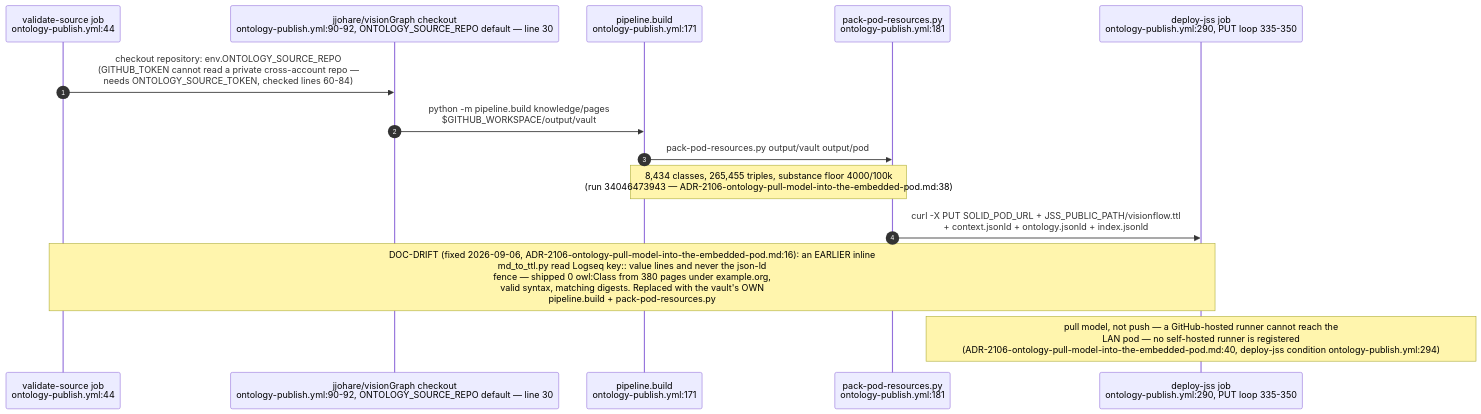
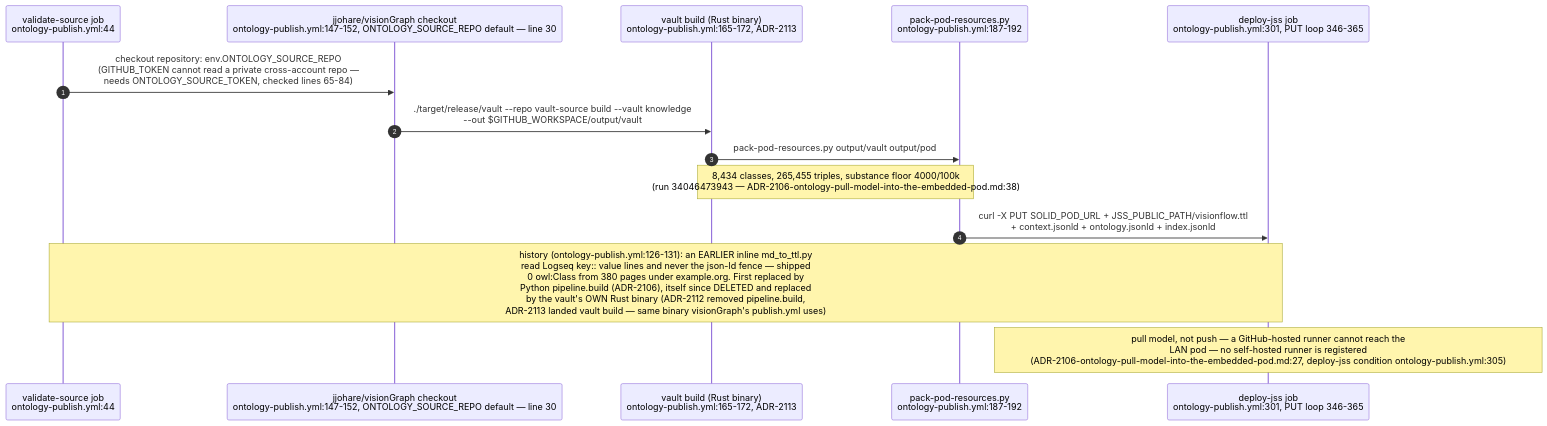
The first of 2 diagrams in docs/diagrams/visiongraph/04-downstream-contracts.md (DreamLab-AI/VisionFlow), drawn with Mermaid before and after one commit. The commit also changed other lines of this file and 136 other files, not shown here.

First line of the commit message:
docs(diagrams): refresh the whole corpus to code HEAD and prune low-value diagrams

````diff
--- a/docs/diagrams/visiongraph/04-downstream-contracts.md
+++ b/docs/diagrams/visiongraph/04-downstream-contracts.md
@@ -19,17 +18,17 @@
 ```mermaid
 sequenceDiagram
     autonumber
     participant VC as validate-source job<br/>ontology-publish.yml:44
-    participant VG as jjohare/visionGraph checkout<br/>ontology-publish.yml:90-92, ONTOLOGY_SOURCE_REPO default — line 30
-    participant BUILD as pipeline.build<br/>ontology-publish.yml:171
-    participant PACK as pack-pod-resources.py<br/>ontology-publish.yml:181
-    participant POD as deploy-jss job<br/>ontology-publish.yml:290, PUT loop 335-350
+    participant VG as jjohare/visionGraph checkout<br/>ontology-publish.yml:147-152, ONTOLOGY_SOURCE_REPO default — line 30
+    participant BUILD as vault build (Rust binary)<br/>ontology-publish.yml:165-172, ADR-2113
+    participant PACK as pack-pod-resources.py<br/>ontology-publish.yml:187-192
+    participant POD as deploy-jss job<br/>ontology-publish.yml:301, PUT loop 346-365
 
-    VC->>VG: checkout repository: env.ONTOLOGY_SOURCE_REPO<br/>#40;GITHUB_TOKEN cannot read a private cross-account repo —<br/>needs ONTOLOGY_SOURCE_TOKEN, checked lines 60-84#41;
-    VG->>BUILD: python -m pipeline.build knowledge/pages<br/>#36;GITHUB_WORKSPACE/output/vault
+    VC->>VG: checkout repository: env.ONTOLOGY_SOURCE_REPO<br/>#40;GITHUB_TOKEN cannot read a private cross-account repo —<br/>needs ONTOLOGY_SOURCE_TOKEN, checked lines 65-84#41;
+    VG->>BUILD: ./target/release/vault --repo vault-source build --vault knowledge<br/>--out #36;GITHUB_WORKSPACE/output/vault
     BUILD->>PACK: pack-pod-resources.py output/vault output/pod
     Note over BUILD,PACK: 8,434 classes, 265,455 triples, substance floor 4000/100k<br/>#40;run 34046473943 — ADR-2106-ontology-pull-model-into-the-embedded-pod.md:38#41;
     PACK->>POD: curl -X PUT SOLID_POD_URL + JSS_PUBLIC_PATH/visionflow.ttl<br/>+ context.jsonld + ontology.jsonld + index.jsonld
-    Note over VC,POD: DOC-DRIFT #40;fixed 2026-09-06, ADR-2106-ontology-pull-model-into-the-embedded-pod.md:16#41;: an EARLIER inline<br/>md_to_ttl.py read Logseq key:: value lines and never the json-ld<br/>fence — shipped 0 owl:Class from 380 pages under example.org,<br/>valid syntax, matching digests. Replaced with the vault#39;s OWN<br/>pipeline.build + pack-pod-resources.py
-    Note over POD: pull model, not push — a GitHub-hosted runner cannot reach the<br/>LAN pod — no self-hosted runner is registered<br/>#40;ADR-2106-ontology-pull-model-into-the-embedded-pod.md:40, deploy-jss condition ontology-publish.yml:294#41;
+    Note over VC,POD: history #40;ontology-publish.yml:126-131#41;: an EARLIER inline md_to_ttl.py<br/>read Logseq key:: value lines and never the json-ld fence — shipped<br/>0 owl:Class from 380 pages under example.org. First replaced by<br/>Python pipeline.build #40;ADR-2106#41;, itself since DELETED and replaced<br/>by the vault#39;s OWN Rust binary #40;ADR-2112 removed pipeline.build,<br/>ADR-2113 landed vault build — same binary visionGraph#39;s publish.yml uses#41;
+    Note over POD: pull model, not push — a GitHub-hosted runner cannot reach the<br/>LAN pod — no self-hosted runner is registered<br/>#40;ADR-2106-ontology-pull-model-into-the-embedded-pod.md:27, deploy-jss condition ontology-publish.yml:305#41;
 ```
````
